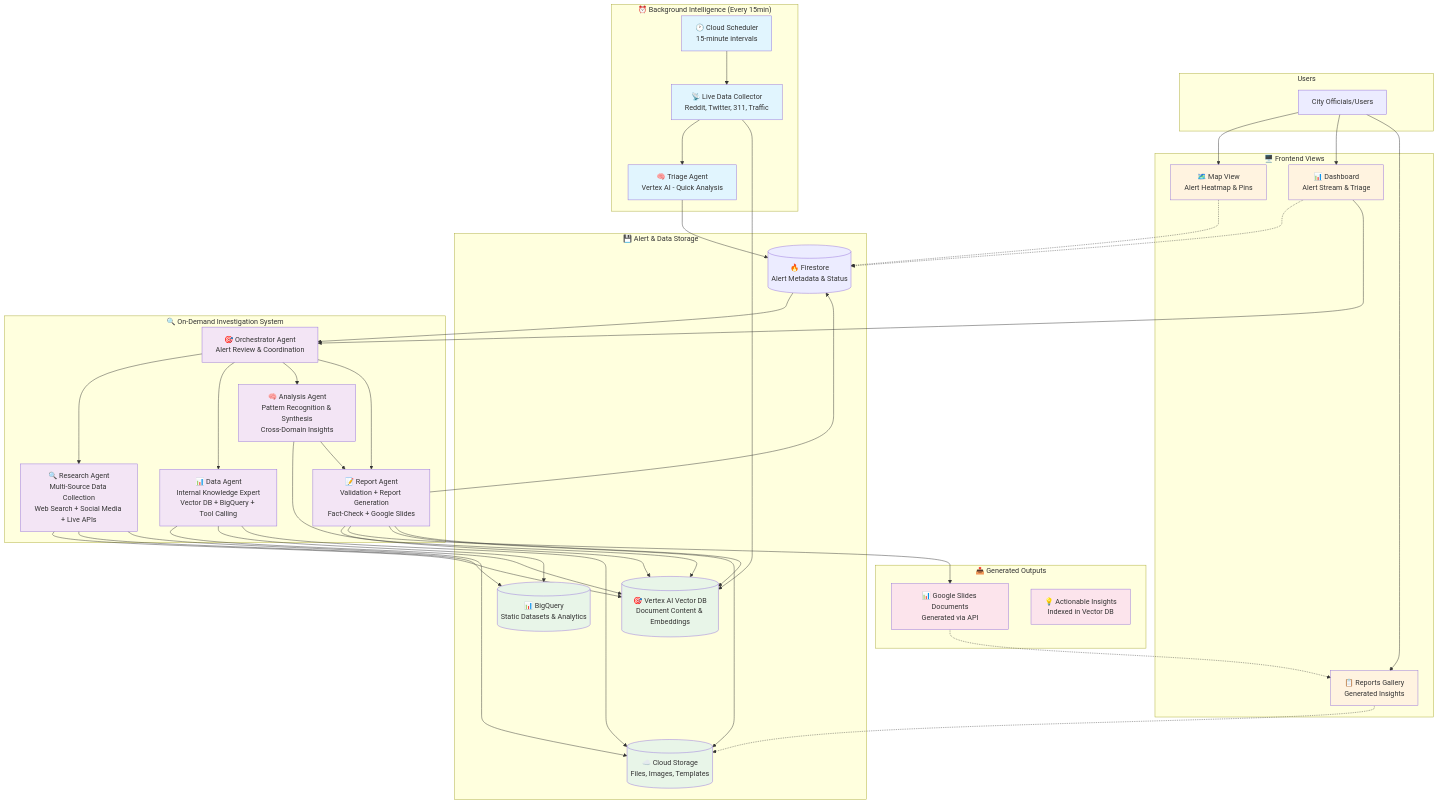
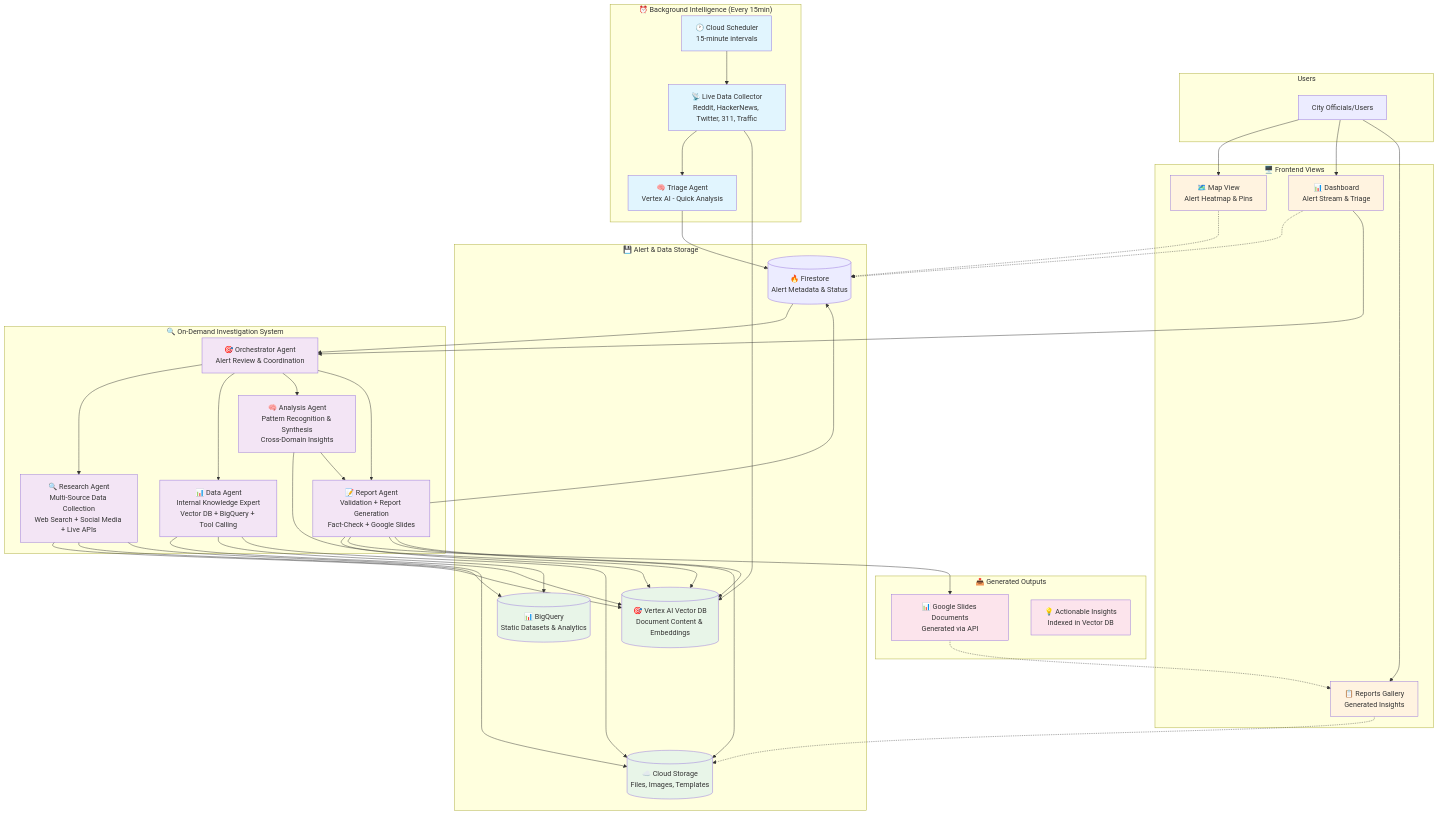
Before and after one commit to M-JULIANI/nyc-monitor: the diagram in docs/architecture.md, drawn with Mermaid. The commit also changed other lines of this file and 1 other file, not shown here.

```diff
--- a/docs/architecture.md
+++ b/docs/architecture.md
@@ -16,7 +16,7 @@
 
     subgraph Background["⏰ Background Intelligence (Every 15min)"]
         Cron[🕐 Cloud Scheduler<br/>15-minute intervals]
-        Collector[📡 Live Data Collector<br/>Reddit, Twitter, 311, Traffic]
+        Collector[📡 Live Data Collector<br/>Reddit, HackerNews, Twitter, 311, Traffic]
         Triage[🧠 Triage Agent<br/>Vertex AI - Quick Analysis]
     end
 
```
